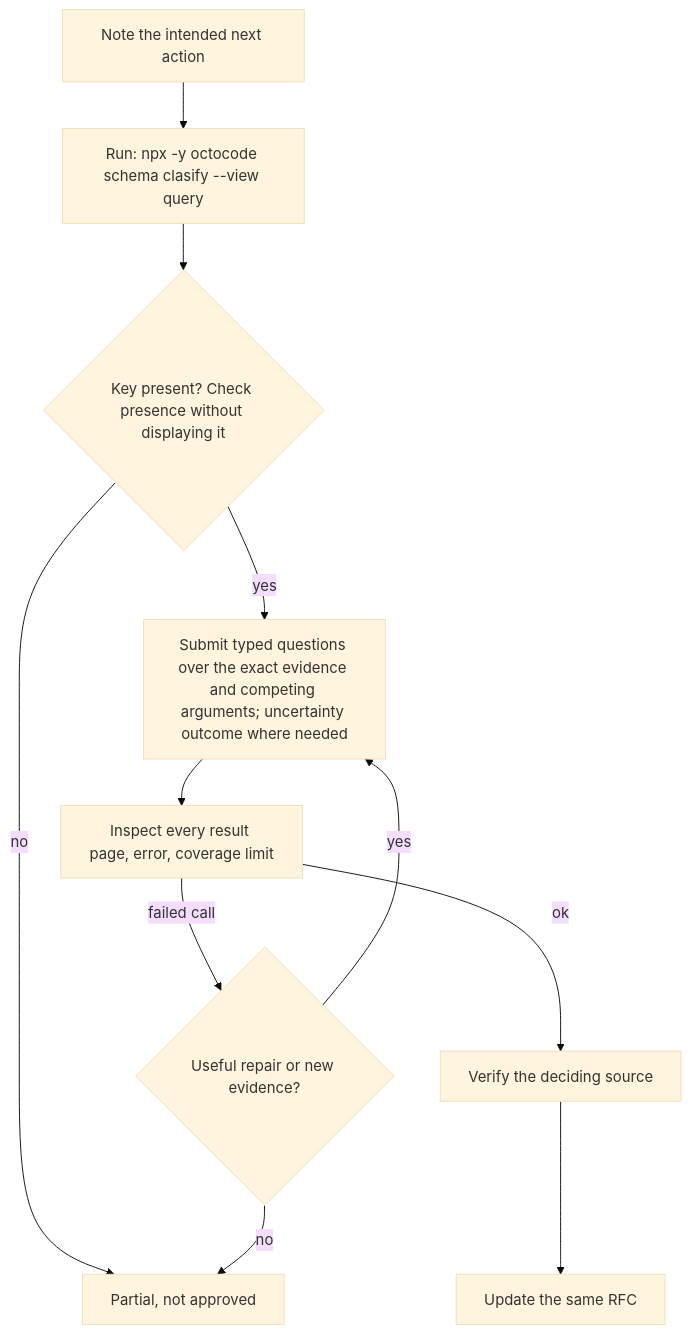
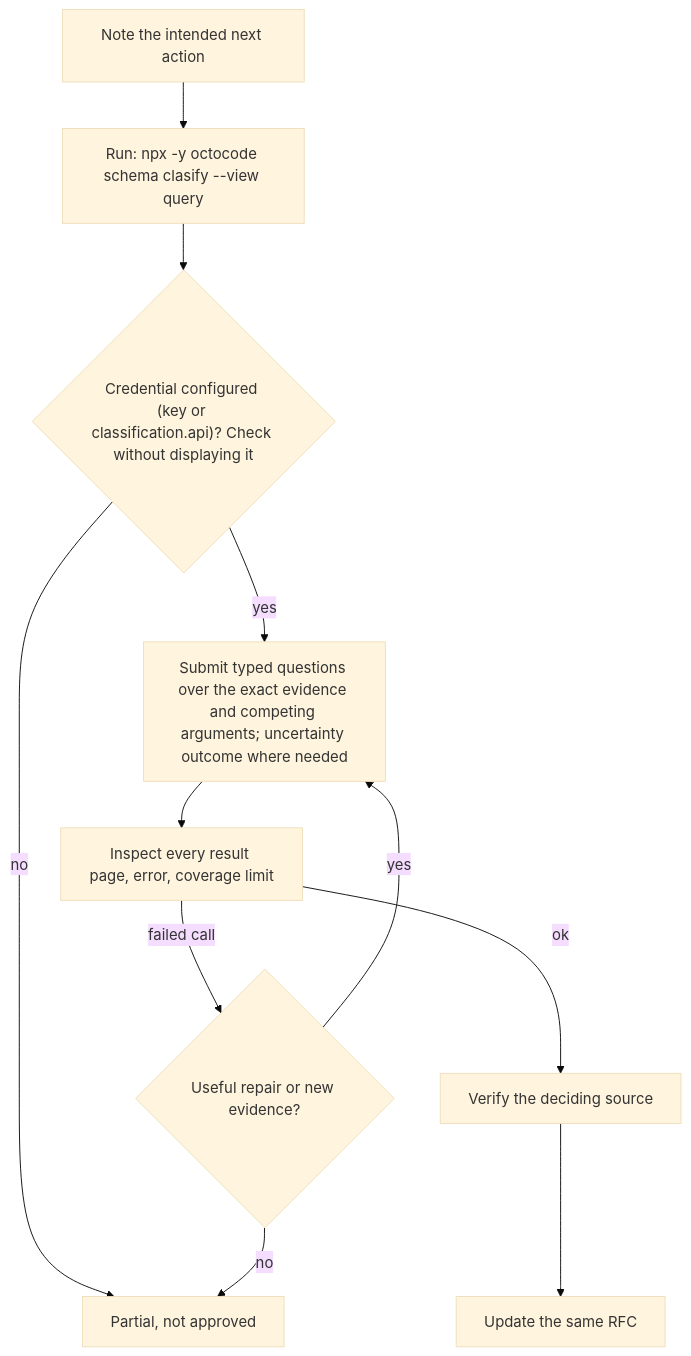
The diagram in skills/octocode-rfc-generator/references/workflow.md (bgauryy/octocode), drawn with Mermaid (base theme) before and after one commit. The commit also changed other lines of this file and 1641 other files, not shown here.

````diff
--- a/skills/octocode-rfc-generator/references/workflow.md
+++ b/skills/octocode-rfc-generator/references/workflow.md
@@ -27,12 +27,12 @@
 ```mermaid
 flowchart TD
   N[Note the intended next action] --> S["Run: npx -y octocode schema clasify --view query"]
-  S --> K{"Key present? Check presence without displaying it"}
+  S --> K{"Credential configured (key or classification.api)? Check without displaying it"}
   K -- no --> P[Partial, not approved]
   K -- yes --> Q["Submit typed questions over the exact evidence and competing arguments; uncertainty outcome where needed"]
   Q --> I["Inspect every result page, error, coverage limit"]
   I -- "failed call" --> R{"Useful repair or new evidence?"}
   R -- yes --> Q
   R -- no --> P
   I -- ok --> V[Verify the deciding source] --> U[Update the same RFC]
 ```
````
